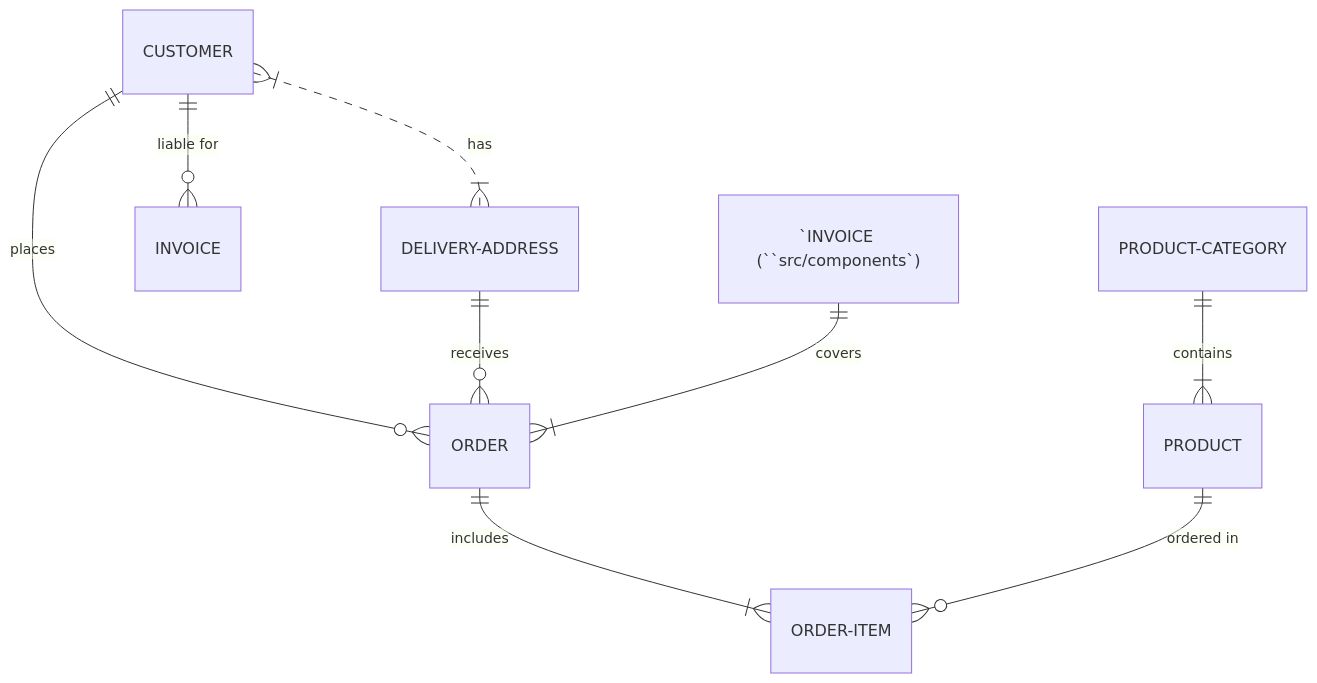
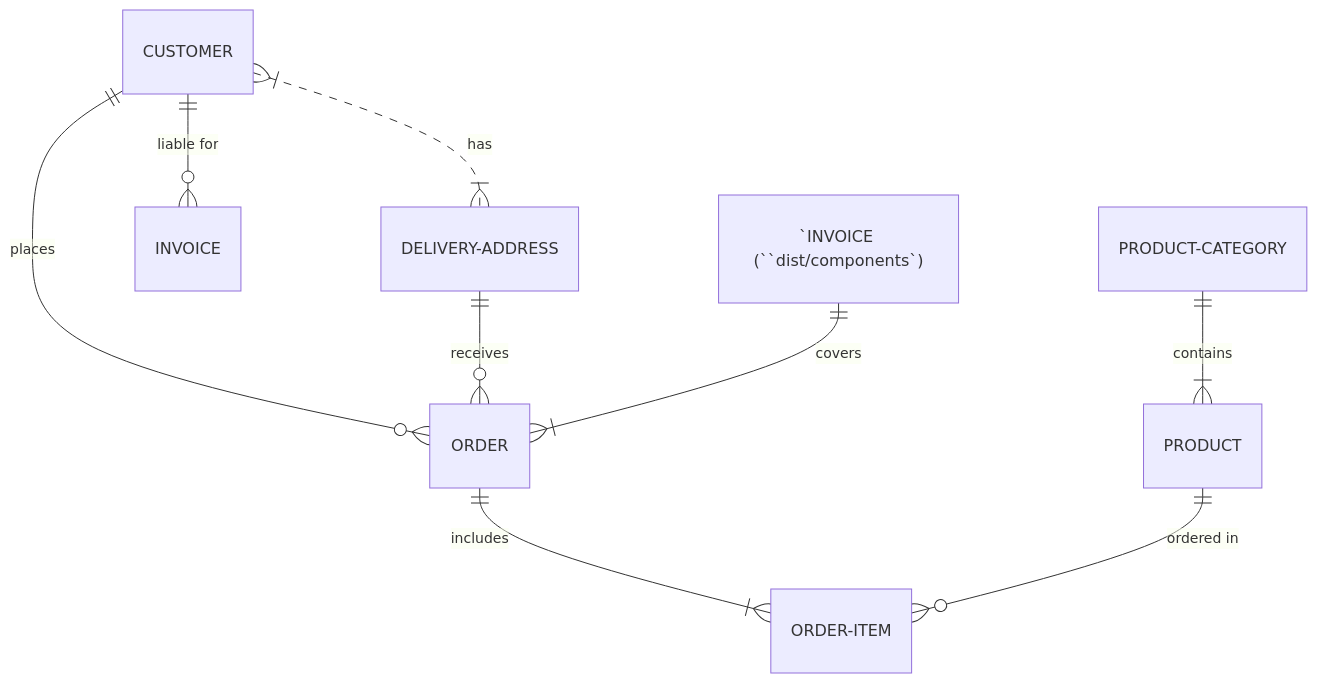
Before and after one commit to RyanHavoc/test-docs-repo: the diagram in .swm/mermaid-testing.otpiriee.sw.md, drawn with Mermaid. The commit also changed other lines of this file, not shown here.

Commit message:
docs(swimm): update doc: "Mermaid Testing"

````diff
--- a/.swm/mermaid-testing.otpiriee.sw.md
+++ b/.swm/mermaid-testing.otpiriee.sw.md
@@ -21,11 +21,11 @@
 ```mermaid
 erDiagram
 CUSTOMER }|..|{ DELIVERY-ADDRESS : has
 CUSTOMER ||--o{ ORDER : places
 CUSTOMER ||--o{ INVOICE : "liable for"
 DELIVERY-ADDRESS ||--o{ ORDER : receives
-"`INVOICE (``src/components`)" ||--|{ ORDER : covers
+"`INVOICE (``dist/components`)" ||--|{ ORDER : covers
 ORDER ||--|{ ORDER-ITEM : includes
 PRODUCT-CATEGORY ||--|{ PRODUCT : contains
 PRODUCT ||--o{ ORDER-ITEM : "ordered in"
 ```
````
